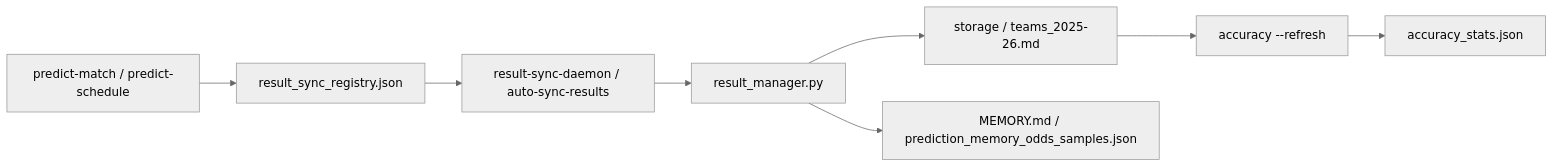
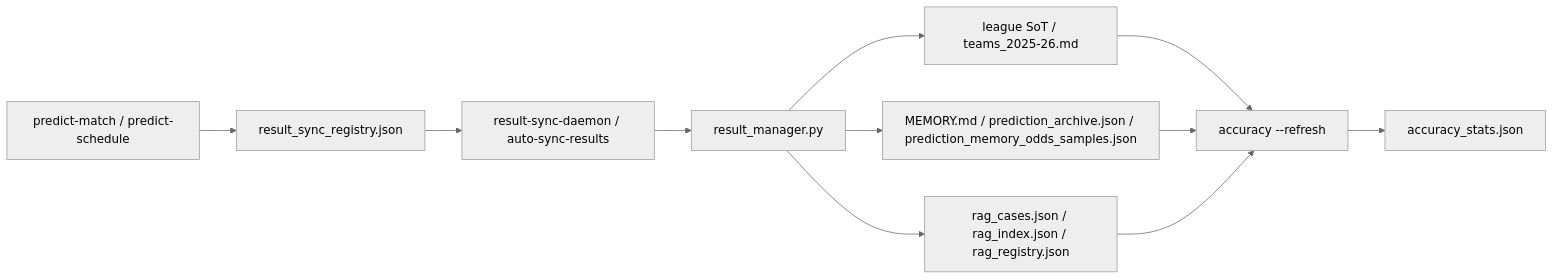
The third of 5 diagrams in docs/architecture/europe_leagues_architecture.md (LorenJun/trae_projects), drawn with Mermaid (neutral theme) before and after one commit. The commit also changed other lines of this file and 44 other files, not shown here.

````diff
--- a/docs/architecture/europe_leagues_architecture.md
+++ b/docs/architecture/europe_leagues_architecture.md
@@ -210,10 +240,13 @@
 ```mermaid
 flowchart LR
   A[predict-match / predict-schedule] --> R[result_sync_registry.json]
   R --> T[result-sync-daemon / auto-sync-results]
   T --> B[result_manager.py]
-  B --> C[storage / teams_2025-26.md]
+  B --> C[league SoT / teams_2025-26.md]
+  B --> M[MEMORY.md / prediction_archive.json / prediction_memory_odds_samples.json]
+  B --> G[rag_cases.json / rag_index.json / rag_registry.json]
   C --> D[accuracy --refresh]
+  M --> D
+  G --> D
   D --> E[accuracy_stats.json]
-  B --> M[MEMORY.md / prediction_memory_odds_samples.json]
 ```
````
